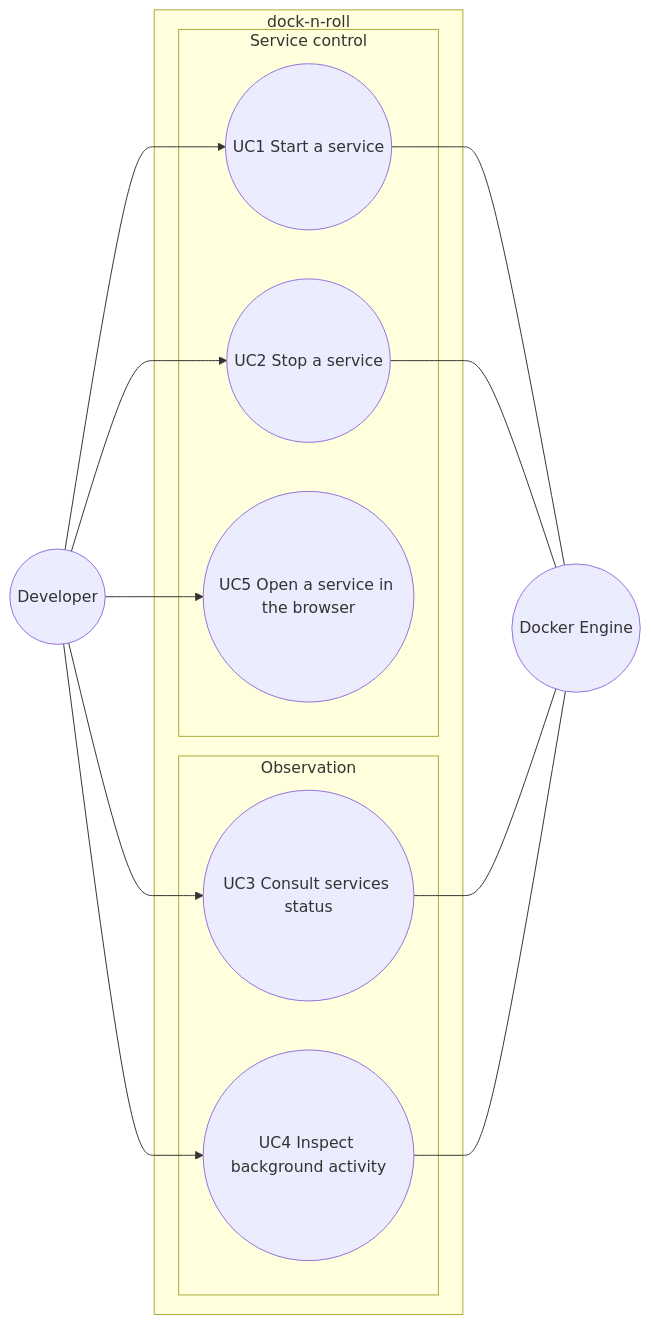
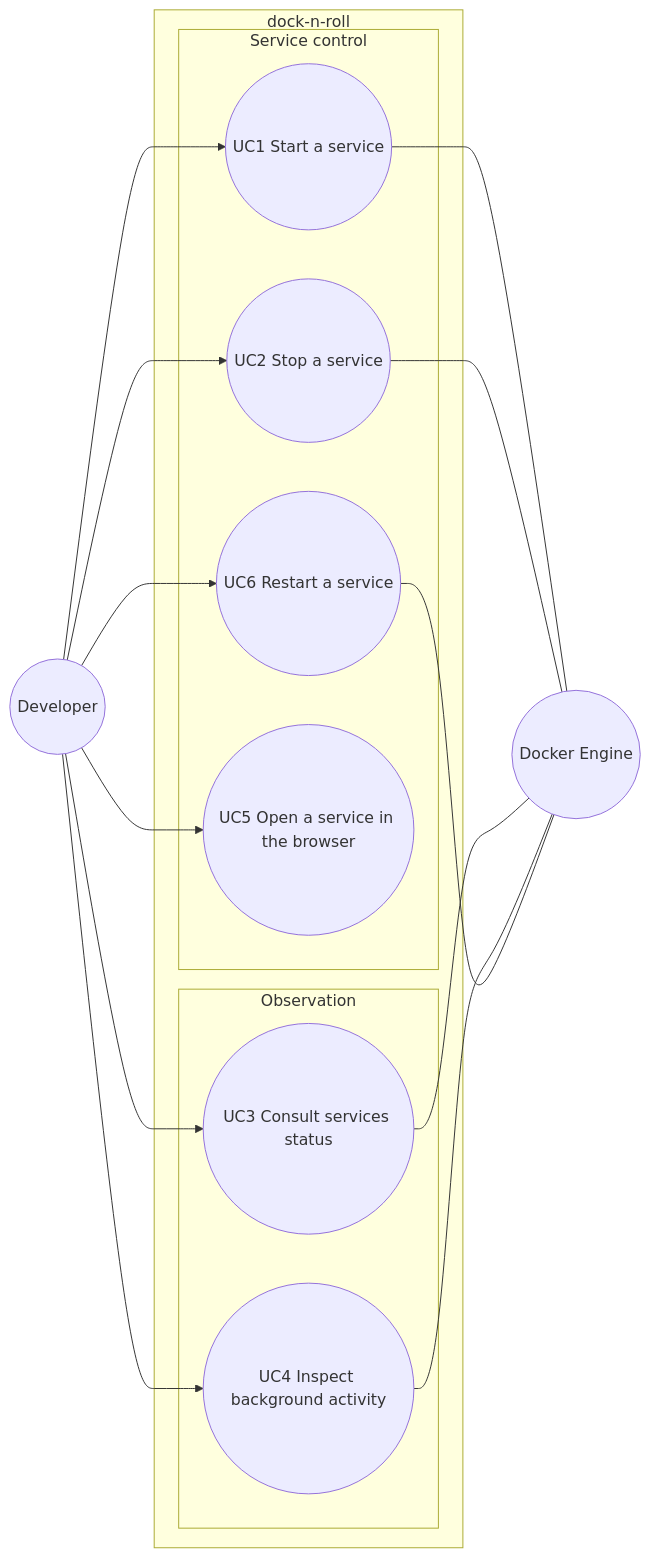
One commit to benoit-bremaud/dock-n-roll changed the diagram in docs/architecture/diagrams/launcher/01-use-case.md. Above: the diagram before and after it, drawn with Mermaid. The commit also changed other lines of this file and 2 other files, not shown here.

Commit message:
docs(uml): model UC6 restart a service

````diff
--- a/docs/architecture/diagrams/launcher/01-use-case.md
+++ b/docs/architecture/diagrams/launcher/01-use-case.md
@@ -13,25 +13,28 @@
 ```mermaid
 flowchart LR
   Developer((Developer))
   DockerEngine((Docker Engine))
   subgraph SYSTEM ["dock-n-roll"]
     subgraph Control ["Service control"]
       UC1(("UC1 Start a service"))
       UC2(("UC2 Stop a service"))
+      UC6(("UC6 Restart a service"))
       UC5(("UC5 Open a service in the browser"))
     end
     subgraph Observe ["Observation"]
       UC3(("UC3 Consult services status"))
       UC4(("UC4 Inspect background activity"))
     end
   end
   Developer --> UC1
   Developer --> UC2
   Developer --> UC3
   Developer --> UC4
   Developer --> UC5
+  Developer --> UC6
   UC1 --- DockerEngine
   UC2 --- DockerEngine
   UC3 --- DockerEngine
   UC4 --- DockerEngine
+  UC6 --- DockerEngine
 ```
````
